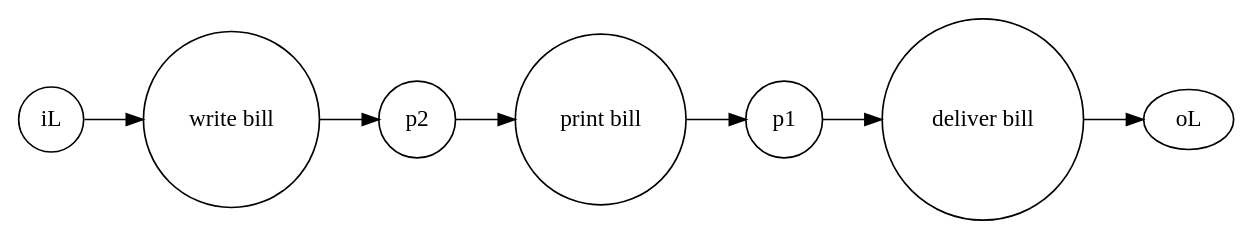
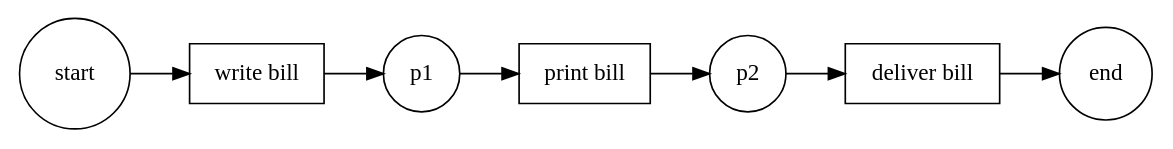
The diagram in graph-output/graph-output/billinstances.gv (PhamCaoLam/Process_Mining_Internship), drawn with Graphviz before and after one commit. The commit also changed 34 other files, not shown here.

```diff
--- a/graph-output/graph-output/billinstances.gv
+++ b/graph-output/graph-output/billinstances.gv
@@ -1,18 +1,21 @@
 digraph {
 	graph [rankdir=LR]
-	"deliver bill" [shape=square]
-	"print bill" [shape=square]
-	"write bill" [shape=square]
-	"print bill" [shape=circle]
-	"print bill" -> p1
+	"write bill" [shape=rect]
 	p1 [shape=circle]
-	p1 -> "deliver bill"
-	"write bill" [shape=circle]
-	"write bill" -> p2
+	"write bill" -> p1
+	p1 [shape=circle]
+	"print bill" [shape=rect]
+	p1 -> "print bill"
+	"print bill" [shape=rect]
 	p2 [shape=circle]
-	p2 -> "print bill"
-	iL [shape=circle]
-	iL -> "write bill"
-	"deliver bill" [shape=circle]
-	"deliver bill" -> oL
+	"print bill" -> p2
+	p2 [shape=circle]
+	"deliver bill" [shape=rect]
+	p2 -> "deliver bill"
+	start [shape=circle]
+	"write bill" [shape=rect]
+	start -> "write bill"
+	end [shape=circle]
+	"deliver bill" [shape=rect]
+	"deliver bill" -> end
 }
```
